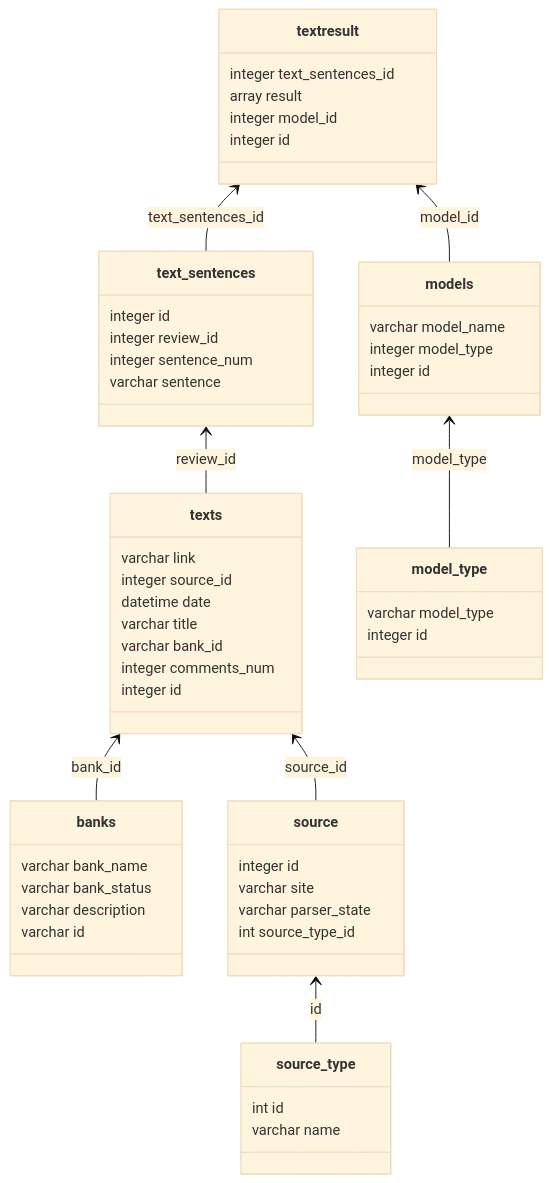
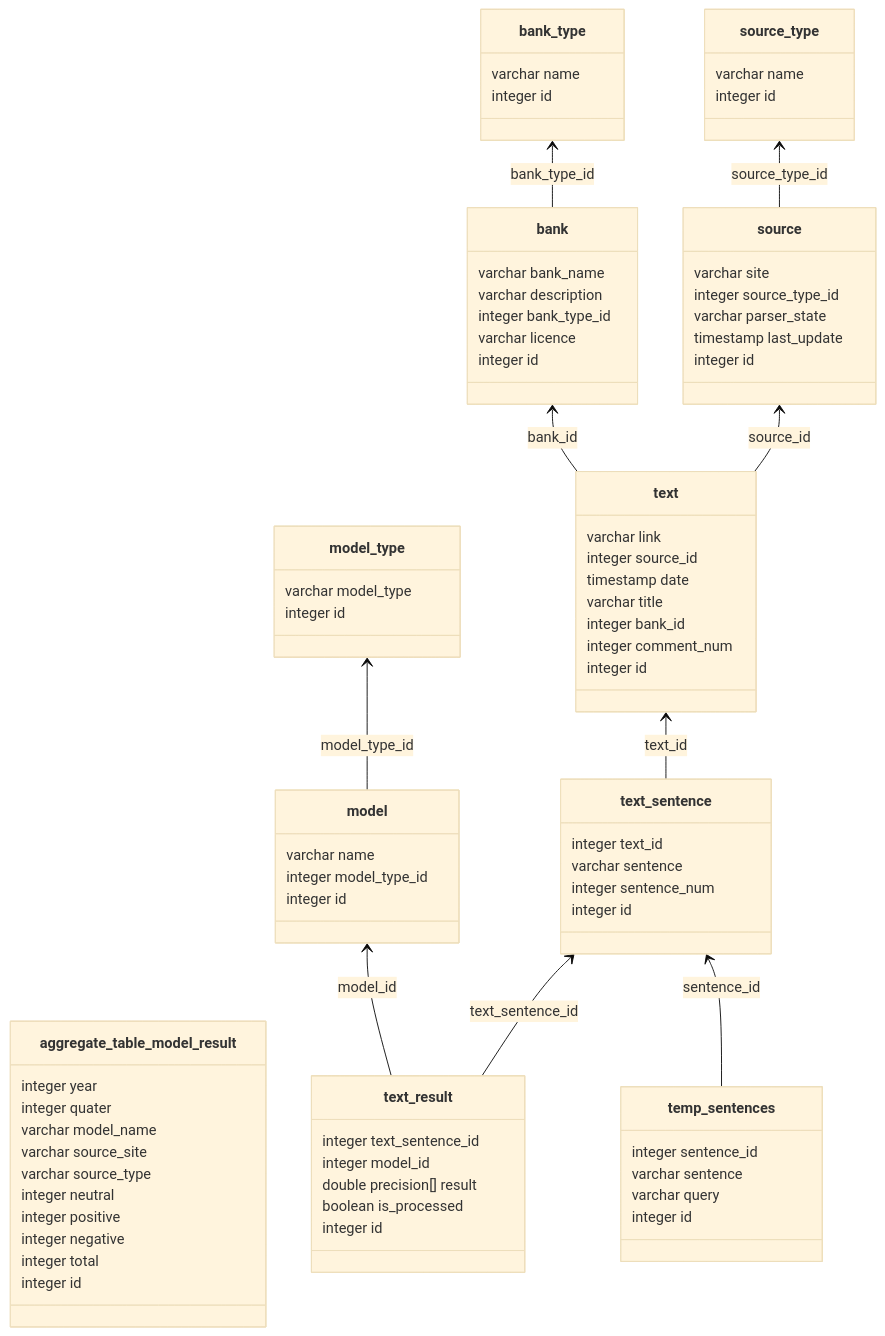
Before and after one commit to dudin-george/ESG_analysis: the first of 2 diagrams in README.md, drawn with Mermaid (base theme).

Commit message:
update database scheme

````diff
--- a/README.md
+++ b/README.md
@@ -10,12 +10,36 @@
 ```mermaid
 classDiagram
 direction BT
+class aggregate_table_model_result {
+   integer year
+   integer quater
+   varchar model_name
+   varchar source_site
+   varchar source_type
+   integer neutral
+   integer positive
+   integer negative
+   integer total
+   integer id
+}
 
-class banks {
+class bank {
    varchar bank_name
-   varchar bank_status
    varchar description
-   varchar id
+   integer bank_type_id
+   varchar licence
+   integer id
+}
+
+class bank_type {
+   varchar name
+   integer id
+}
+
+class model {
+   varchar name
+   integer model_type_id
+   integer id
 }
 
 class model_type {
@@ -23,53 +47,59 @@
    integer id
 }
 
-class models {
-   varchar model_name
-   integer model_type
-   integer id
-}
-
-class texts {
-   varchar link
-   integer source_id
-   datetime date
-   varchar title
-   varchar bank_id
-   integer comments_num
+class source {
+   varchar site
+   integer source_type_id
+   varchar parser_state
+   timestamp last_update
    integer id
 }
 
 class source_type {
-    int id
-    varchar name
-}
-
-class source {
-   integer id
-   varchar site
-   varchar parser_state
-   int source_type_id
-}
-
-class text_sentences {
-    integer id
-    integer review_id
-    integer sentence_num
-    varchar sentence
-}
-
-class textresult {
-   integer text_sentences_id
-   array result
-   integer model_id
+   varchar name
    integer id
 }
 
-texts --> text_sentences: review_id
-source_type --> source: id
-banks  -->  texts : bank_id
-source  -->  texts : source_id
-text_sentences --> textresult: text_sentences_id
-models --> textresult: model_id
-model_type --> models: model_type
+class temp_sentences {
+   integer sentence_id
+   varchar sentence
+   varchar query
+   integer id
+}
+
+class text {
+   varchar link
+   integer source_id
+   timestamp date
+   varchar title
+   integer bank_id
+   integer comment_num
+   integer id
+}
+
+class text_result {
+   integer text_sentence_id
+   integer model_id
+   double precision[] result
+   boolean is_processed
+   integer id
+}
+
+class text_sentence {
+   integer text_id
+   varchar sentence
+   integer sentence_num
+   integer id
+}
+
+bank  -->  bank_type : bank_type_id
+model  -->  model_type : model_type_id
+source  -->  source_type : source_type_id
+temp_sentences  -->  text_sentence : sentence_id
+text  -->  bank : bank_id
+text  -->  source : source_id
+text_result  -->  model : model_id
+text_result  -->  text_sentence : text_sentence_id
+text_sentence  -->  text : text_id
+
 ```
````
